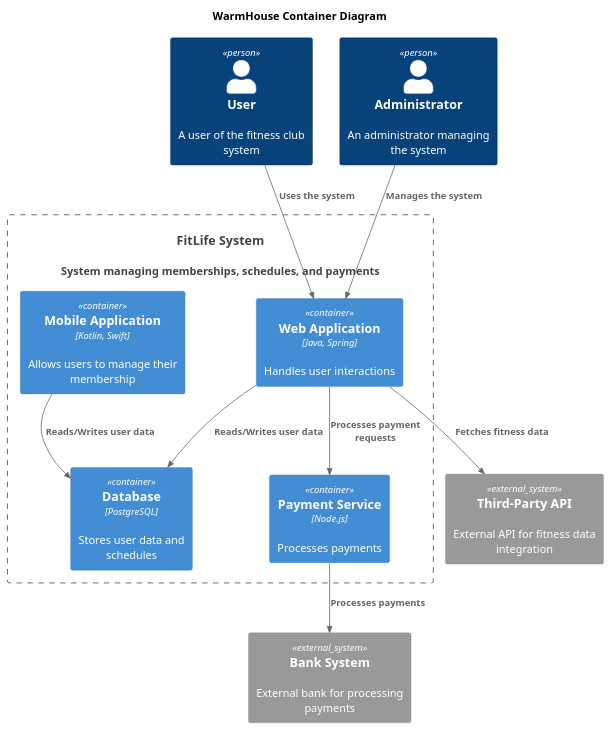
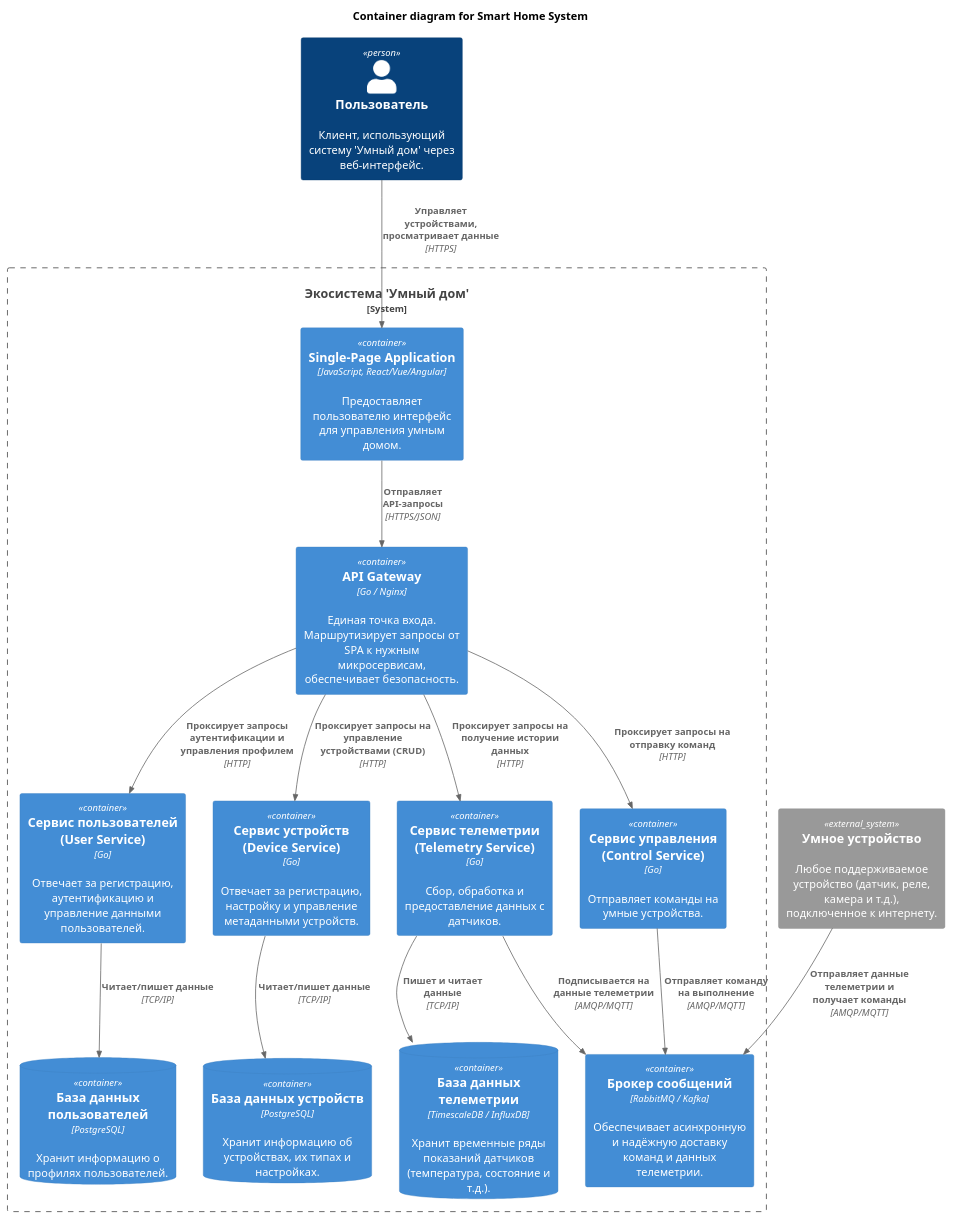
Before and after one commit to kotenev/architecture-pro-warmhouse: the diagram in docs/C4/Container.puml, drawn with PlantUML. The commit also changed 3 other files, not shown here.

Commit message:
Обновлены все диаграммы C4 (Задание 1 и Задание 2)

```diff
--- a/docs/C4/Container.puml
+++ b/docs/C4/Container.puml
@@ -1,29 +1,58 @@
 @startuml
-title WarmHouse Container Diagram
+!includeurl https://raw.githubusercontent.com/RicardoNiepel/C4-PlantUML/master/C4_Container.puml
 
-top to bottom direction
+title Container diagram for Smart Home System
 
-!includeurl https://raw.githubusercontent.com/RicardoNiepel/C4-PlantUML/master/C4_Component.puml
+' Определяем действующих лиц и внешние системы
+Person(user, "Пользователь", "Клиент, использующий систему 'Умный дом' через веб-интерфейс.")
+System_Ext(smart_device, "Умное устройство", "Любое поддерживаемое устройство (датчик, реле, камера и т.д.), подключенное к интернету.")
 
-Person(user, "User", "A user of the fitness club system")
-Person(admin, "Administrator", "An administrator managing the system")
-System(FitLifeSystem, "FitLife System", "System managing memberships, schedules, and payments")
+' Определяем границы системы
+System_Boundary(c1, "Экосистема 'Умный дом'") {
 
-Container_Boundary(FitLifeSystem, "FitLife System") {
-  Container(WebApp, "Web Application", "Java, Spring", "Handles user interactions")
-  Container(MobileApp, "Mobile Application", "Kotlin, Swift", "Allows users to manage their membership")
-  Container(PaymentService, "Payment Service", "Node.js", "Processes payments")
-  Container(Database, "Database", "PostgreSQL", "Stores user data and schedules")
+    ' --- Клиентское приложение ---
+    Container(spa, "Single-Page Application", "JavaScript, React/Vue/Angular", "Предоставляет пользователю интерфейс для управления умным домом.")
+
+    ' --- Внутренние сервисы (микросервисы) ---
+    Container(api_gateway, "API Gateway", "Go / Nginx", "Единая точка входа. Маршрутизирует запросы от SPA к нужным микросервисам, обеспечивает безопасность.")
+
+    Container(user_service, "Сервис пользователей (User Service)", "Go", "Отвечает за регистрацию, аутентификацию и управление данными пользователей.")
+    ContainerDb(user_db, "База данных пользователей", "PostgreSQL", "Хранит информацию о профилях пользователей.")
+
+    Container(device_service, "Сервис устройств (Device Service)", "Go", "Отвечает за регистрацию, настройку и управление метаданными устройств.")
+    ContainerDb(device_db, "База данных устройств", "PostgreSQL", "Хранит информацию об устройствах, их типах и настройках.")
+
+    Container(telemetry_service, "Сервис телеметрии (Telemetry Service)", "Go", "Сбор, обработка и предоставление данных с датчиков.")
+    ContainerDb(telemetry_db, "База данных телеметрии", "TimescaleDB / InfluxDB", "Хранит временные ряды показаний датчиков (температура, состояние и т.д.).")
+
+    Container(control_service, "Сервис управления (Control Service)", "Go", "Отправляет команды на умные устройства.")
+
+    ' --- Брокер сообщений для асинхронного взаимодействия ---
+    Container(message_broker, "Брокер сообщений", "RabbitMQ / Kafka", "Обеспечивает асинхронную и надёжную доставку команд и данных телеметрии.")
 }
 
-System_Ext(api, "Third-Party API", "External API for fitness data integration")
-System_Ext(bank, "Bank System", "External bank for processing payments")
+' --- Определяем связи ---
 
-Rel(user, WebApp, "Uses the system")
-Rel(admin, WebApp,"Manages the system")
-Rel(WebApp,PaymentService,"Processes payment requests")
-Rel(PaymentService,bank,"Processes payments")
-Rel(WebApp,Database,"Reads/Writes user data")
-Rel(MobileApp,Database,"Reads/Writes user data")
-Rel(WebApp,api,"Fetches fitness data")
+' Пользователь и система
+Rel(user, spa, "Управляет устройствами, просматривает данные", "HTTPS")
+Rel(spa, api_gateway, "Отправляет API-запросы", "HTTPS/JSON")
+
+' API Gateway и внутренние сервисы
+Rel(api_gateway, user_service, "Проксирует запросы аутентификации и управления профилем", "HTTP")
+Rel(api_gateway, device_service, "Проксирует запросы на управление устройствами (CRUD)", "HTTP")
+Rel(api_gateway, telemetry_service, "Проксирует запросы на получение истории данных", "HTTP")
+Rel(api_gateway, control_service, "Проксирует запросы на отправку команд", "HTTP")
+
+' Связи сервисов с их базами данных
+Rel(user_service, user_db, "Читает/пишет данные", "TCP/IP")
+Rel(device_service, device_db, "Читает/пишет данные", "TCP/IP")
+Rel(telemetry_service, telemetry_db, "Пишет и читает данные", "TCP/IP")
+
+' Асинхронное взаимодействие через брокер
+Rel(control_service, message_broker, "Отправляет команду на выполнение", "AMQP/MQTT")
+Rel(telemetry_service, message_broker, "Подписывается на данные телеметрии", "AMQP/MQTT")
+
+' Устройства и система
+Rel(smart_device, message_broker, "Отправляет данные телеметрии и получает команды", "AMQP/MQTT")
+
 @enduml
```
